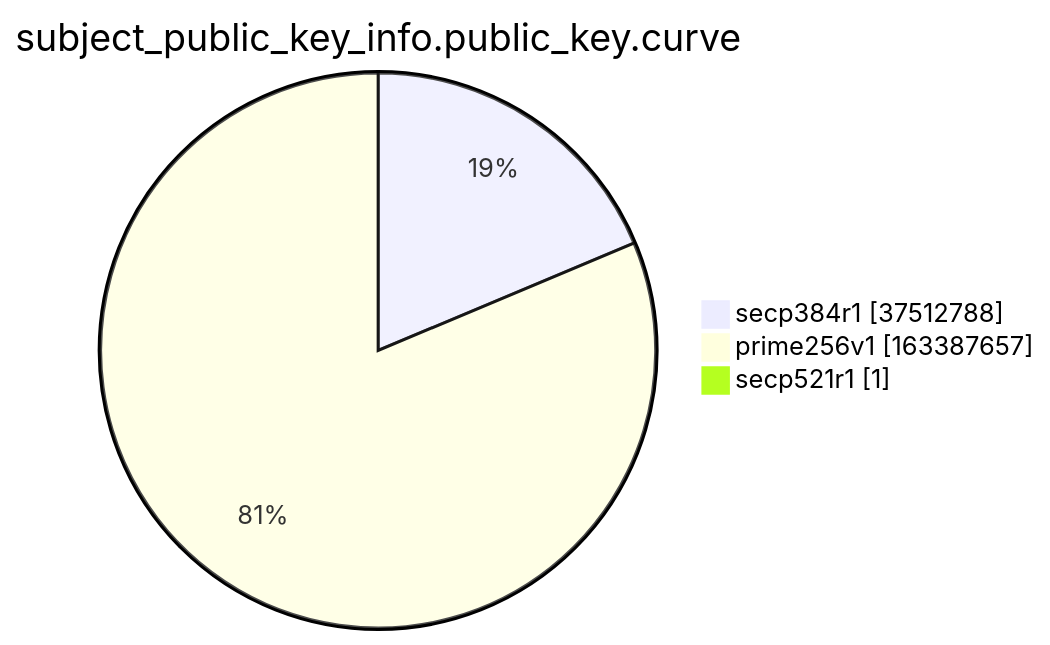
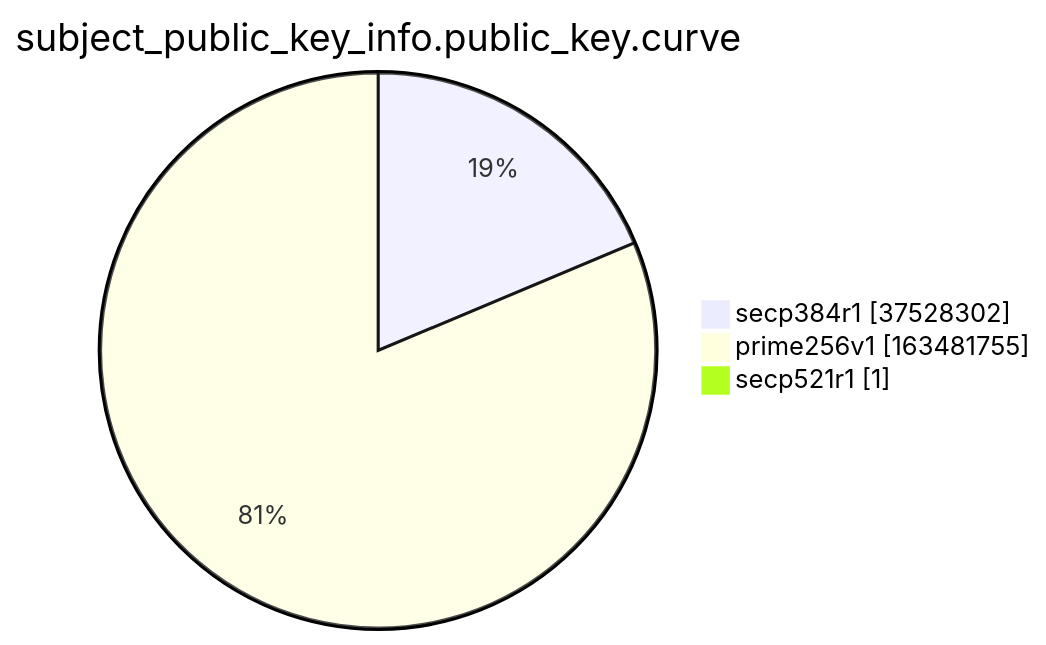
The ninth of 15 diagrams in argon2022/README.md (christiankrug/ctmonitor_visualization), drawn with Mermaid before and after one commit. The commit also changed other lines of this file, not shown here.

````diff
--- a/argon2022/README.md
+++ b/argon2022/README.md
@@ -2766,7 +2766,7 @@
 ```mermaid
 pie showData
 title subject_public_key_info.public_key.curve
-"secp384r1" :37512788
-"prime256v1" :163387657
+"secp384r1" :37528302
+"prime256v1" :163481755
 "secp521r1" :1
 ```
````
